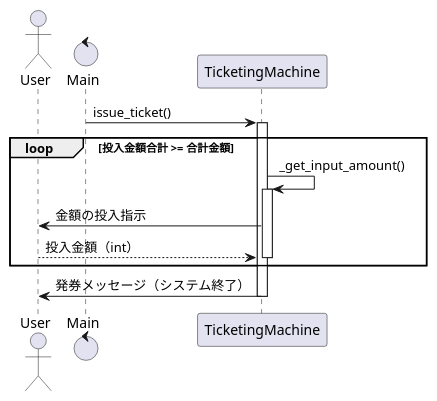
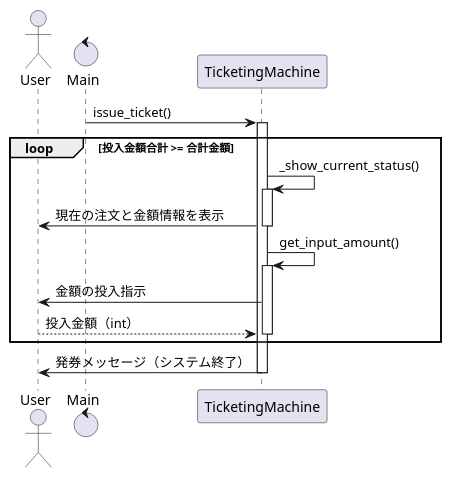
The sixth of 6 diagrams in AP_H31_Spring_PM03/Suzuki/try1/ticket_machine.md (Design-Practice-Team/design), drawn with PlantUML before and after one commit. The commit also changed other lines of this file and 4 other files, not shown here.

````diff
--- a/AP_H31_Spring_PM03/Suzuki/try1/ticket_machine.md
+++ b/AP_H31_Spring_PM03/Suzuki/try1/ticket_machine.md
@@ -290,21 +291,26 @@
 ```plantuml
 @startuml
 actor User
 control Main
 participant TicketingMachine
 
 Main -> TicketingMachine : issue_ticket()
 activate TicketingMachine
 loop 投入金額合計 >= 合計金額
-    TicketingMachine -> TicketingMachine : _get_input_amount()
+    TicketingMachine -> TicketingMachine : _show_current_status()
+    activate TicketingMachine
+    TicketingMachine -> User : 現在の注文と金額情報を表示
+    deactivate TicketingMachine
+    
+    TicketingMachine -> TicketingMachine : get_input_amount()
     activate TicketingMachine
     TicketingMachine -> User : 金額の投入指示
     User --> TicketingMachine : 投入金額（int）
     deactivate TicketingMachine
 end
 TicketingMachine -> User : 発券メッセージ（システム終了）
 deactivate TicketingMachine
 
 
 @enduml
 ```
````
